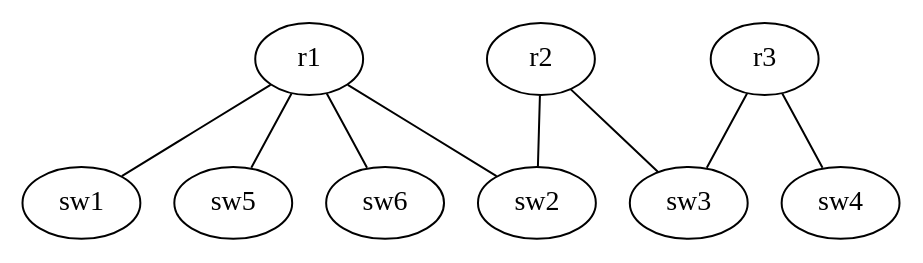
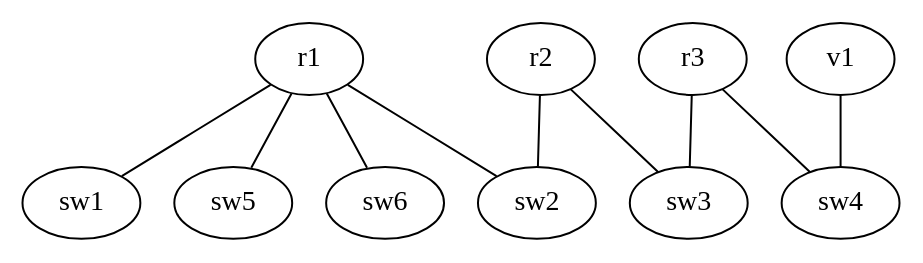
Before and after one commit to cpflat/dot2net: the diagram in example/rip_topo1/rip.dot, drawn with Graphviz. The commit also changed 16 other files, not shown here.

```diff
--- a/example/rip_topo1/rip.dot
+++ b/example/rip_topo1/rip.dot
@@ -1,20 +1,22 @@
 digraph  {
 	r1[class="router"];
 	r2[class="router"];
 	r3[class="router"];
 	sw1[class="switch"];
 	sw2[class="switch"];
 	sw3[class="switch"];
 	sw4[class="switch"];
 	sw5[class="switch"];
 	sw6[class="switch"];
+	v1[class="vrouter; stubnet=192.168.2.0/24"]
 
 	r1->sw1[dir="none"];
 	r1->sw2[dir="none", class="rip"];
 	r2->sw2[dir="none", class="rip"];
 	r2->sw3[dir="none", class="rip"];
 	r3->sw3[dir="none", class="rip"];
-	r3->sw4[dir="none", class="to_stub; stubnet=192.168.2.0/24"];
+	r3->sw4[dir="none", class="to_stub"];
 	r1->sw5[dir="none"];
 	r1->sw6[dir="none"];
+	v1->sw4[dir="none", class="vlink"];
 }
```
